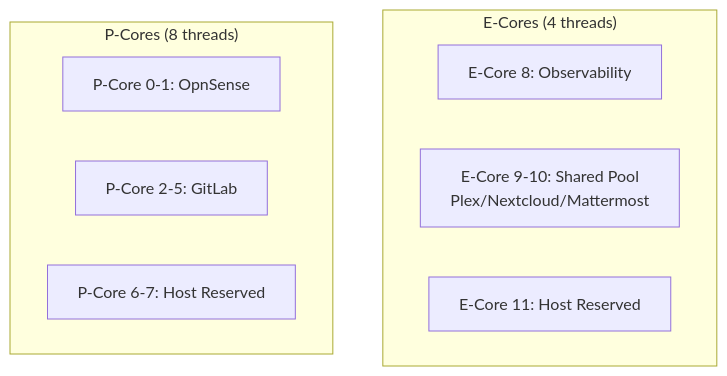
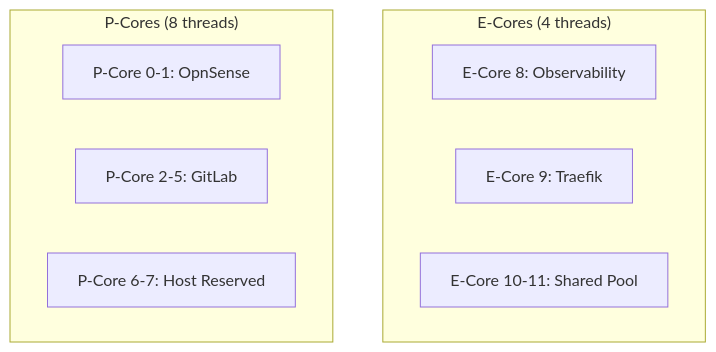
One commit to wiesion/wiesion.github.io changed the fourth of 6 diagrams in _posts/2025-09-28-building-a-private-wooden-cloud-part-1-the-plan.md. Above: the diagram before and after it, drawn with Mermaid. The commit also changed other lines of this file and 2 other files, not shown here.

````diff
--- a/_posts/2025-09-28-building-a-private-wooden-cloud-part-1-the-plan.md
+++ b/_posts/2025-09-28-building-a-private-wooden-cloud-part-1-the-plan.md
@@ -211,13 +229,13 @@
 ```mermaid
 graph TB
     subgraph "E-Cores (4 threads)"
         E1[E-Core 8: Observability]
-        E2[E-Core 9-10: Shared Pool<br/>Plex/Nextcloud/Mattermost]
-        E3[E-Core 11: Host Reserved]
+        E2[E-Core 9: Traefik]
+        E3[E-Core 10-11: Shared Pool]
     end
     subgraph "P-Cores (8 threads)"
         P1[P-Core 0-1: OpnSense]
         P2[P-Core 2-5: GitLab]
         P3[P-Core 6-7: Host Reserved]
     end
 ```
````
